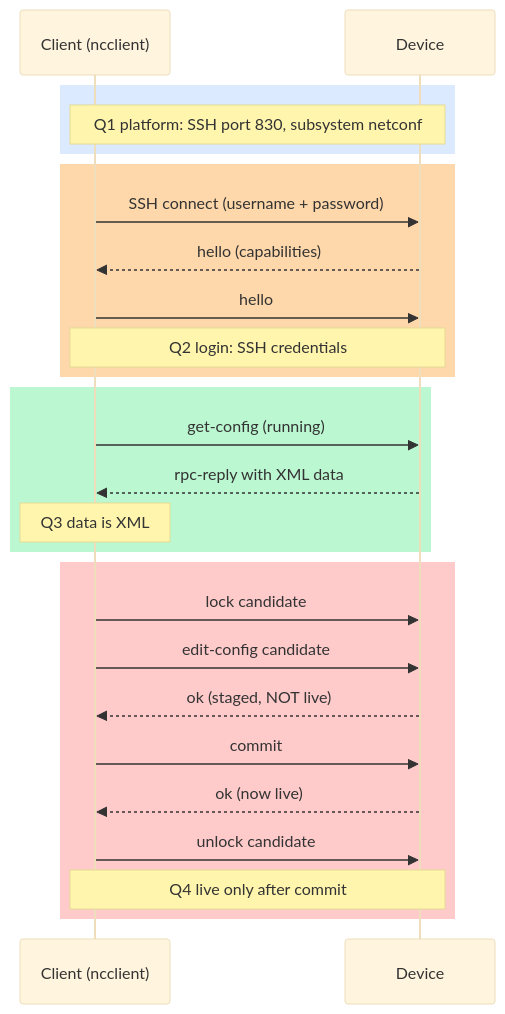
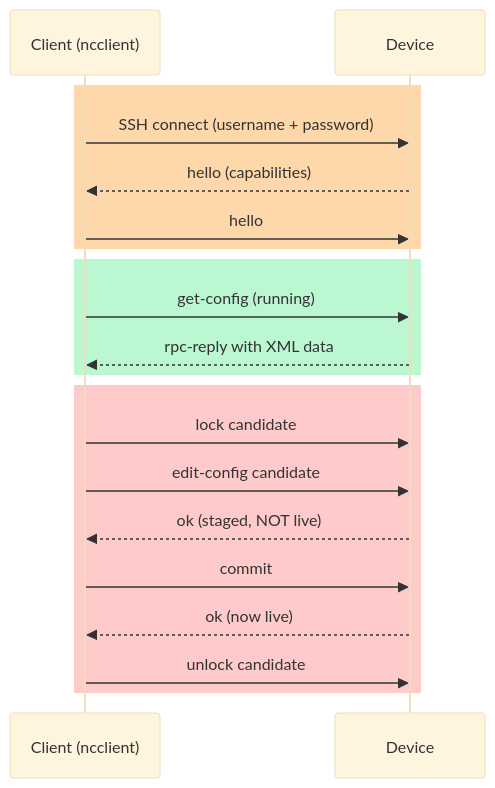
One commit to beedydo/ccna-auto-study-notes changed the fifth of 5 diagrams in bob-essentials/T51-summary-examples-rest-and-dict-parsing.md. Above: the diagram before and after it, drawn with Mermaid (base theme). The commit also changed other lines of this file, not shown here.

Commit message:
T51 essentials: remove Q labels from Example 3 diagrams

````diff
--- a/bob-essentials/T51-summary-examples-rest-and-dict-parsing.md
+++ b/bob-essentials/T51-summary-examples-rest-and-dict-parsing.md
@@ -390,28 +357,22 @@
 ```mermaid
 sequenceDiagram
     participant C as Client (ncclient)
     participant S as Device
-    rect rgb(219,234,254)
-    Note over C,S: Q1 platform: SSH port 830, subsystem netconf
-    end
     rect rgb(254,215,170)
     C->>S: SSH connect (username + password)
     S-->>C: hello (capabilities)
     C->>S: hello
-    Note over C,S: Q2 login: SSH credentials
     end
     rect rgb(187,247,208)
     C->>S: get-config (running)
     S-->>C: rpc-reply with XML data
-    Note over C: Q3 data is XML
     end
     rect rgb(254,202,202)
     C->>S: lock candidate
     C->>S: edit-config candidate
     S-->>C: ok (staged, NOT live)
     C->>S: commit
     S-->>C: ok (now live)
     C->>S: unlock candidate
-    Note over C,S: Q4 live only after commit
     end
 ```
````
